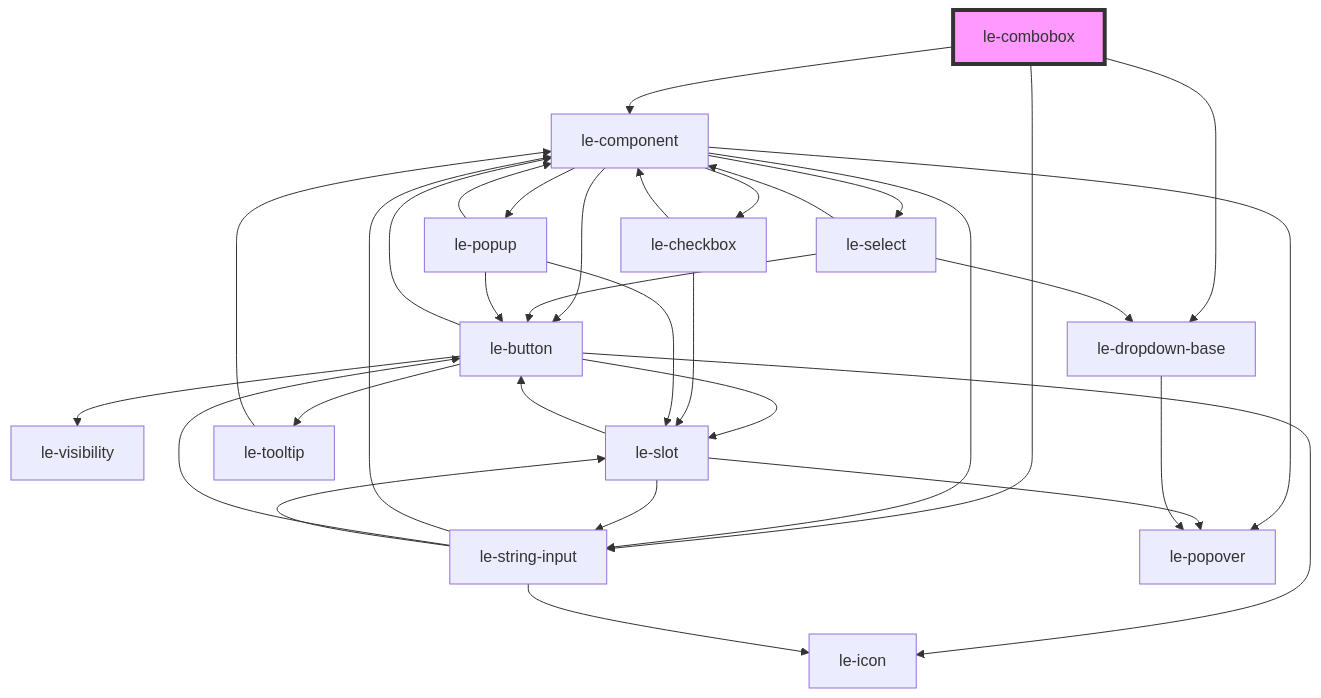
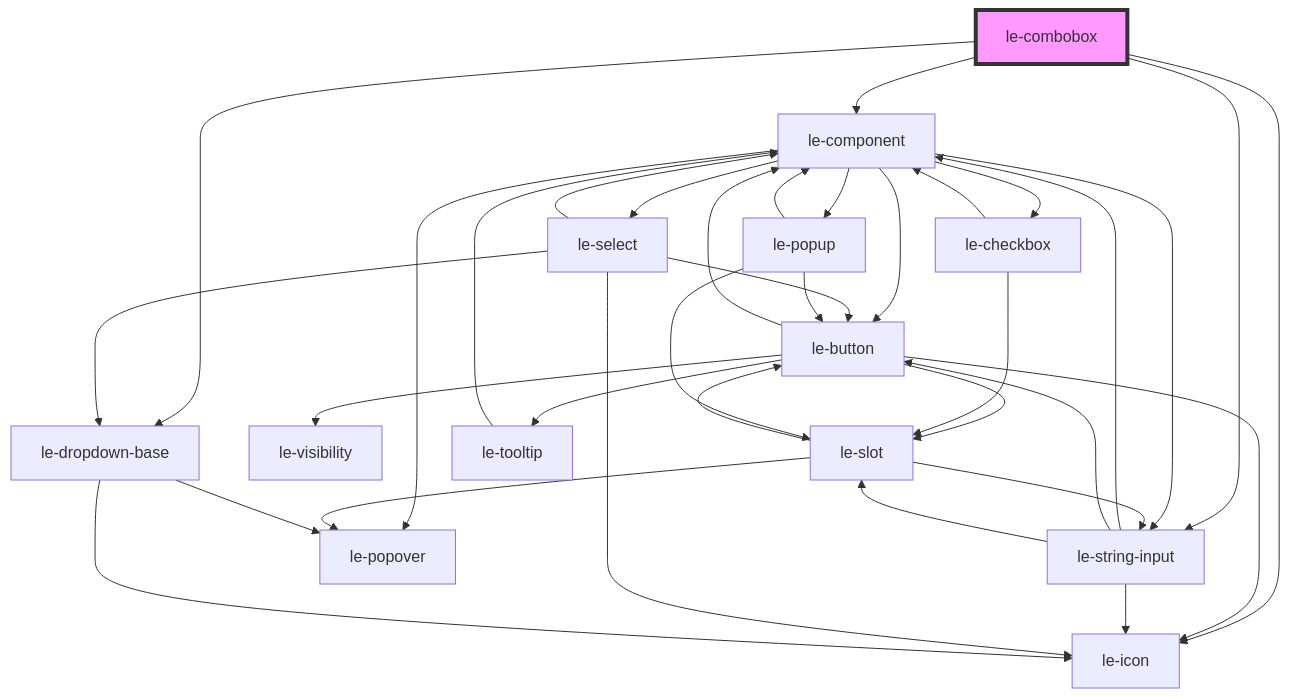
The diagram in packages/core/src/components/le-combobox/readme.md (leechy/le-kit), drawn with Mermaid before and after one commit. The commit also changed other lines of this file and 46 other files, not shown here.

````diff
--- a/packages/core/src/components/le-combobox/readme.md
+++ b/packages/core/src/components/le-combobox/readme.md
@@ -85,35 +86,38 @@
 ```mermaid
 graph TD;
   le-combobox --> le-component
   le-combobox --> le-dropdown-base
   le-combobox --> le-string-input
+  le-combobox --> le-icon
   le-component --> le-button
   le-component --> le-select
   le-component --> le-checkbox
   le-component --> le-string-input
   le-component --> le-popover
   le-component --> le-popup
   le-button --> le-icon
   le-button --> le-visibility
   le-button --> le-slot
   le-button --> le-component
   le-button --> le-tooltip
   le-slot --> le-popover
   le-slot --> le-button
   le-slot --> le-string-input
   le-string-input --> le-component
   le-string-input --> le-button
   le-string-input --> le-icon
   le-string-input --> le-slot
   le-tooltip --> le-component
   le-select --> le-component
   le-select --> le-dropdown-base
   le-select --> le-button
+  le-select --> le-icon
+  le-dropdown-base --> le-icon
   le-dropdown-base --> le-popover
   le-checkbox --> le-component
   le-checkbox --> le-slot
   le-popup --> le-slot
   le-popup --> le-button
   le-popup --> le-component
   style le-combobox fill:#f9f,stroke:#333,stroke-width:4px
 ```
````
